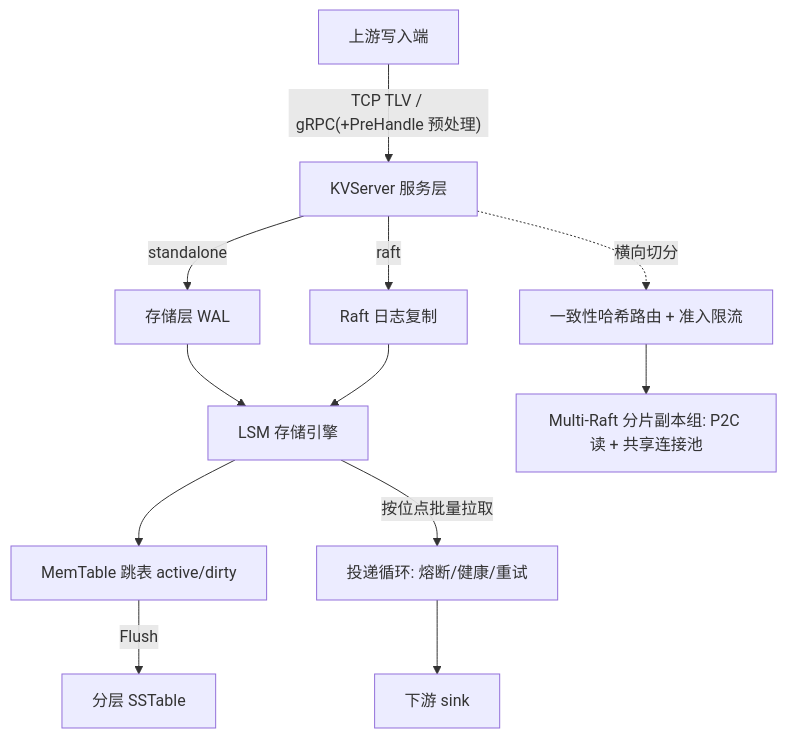
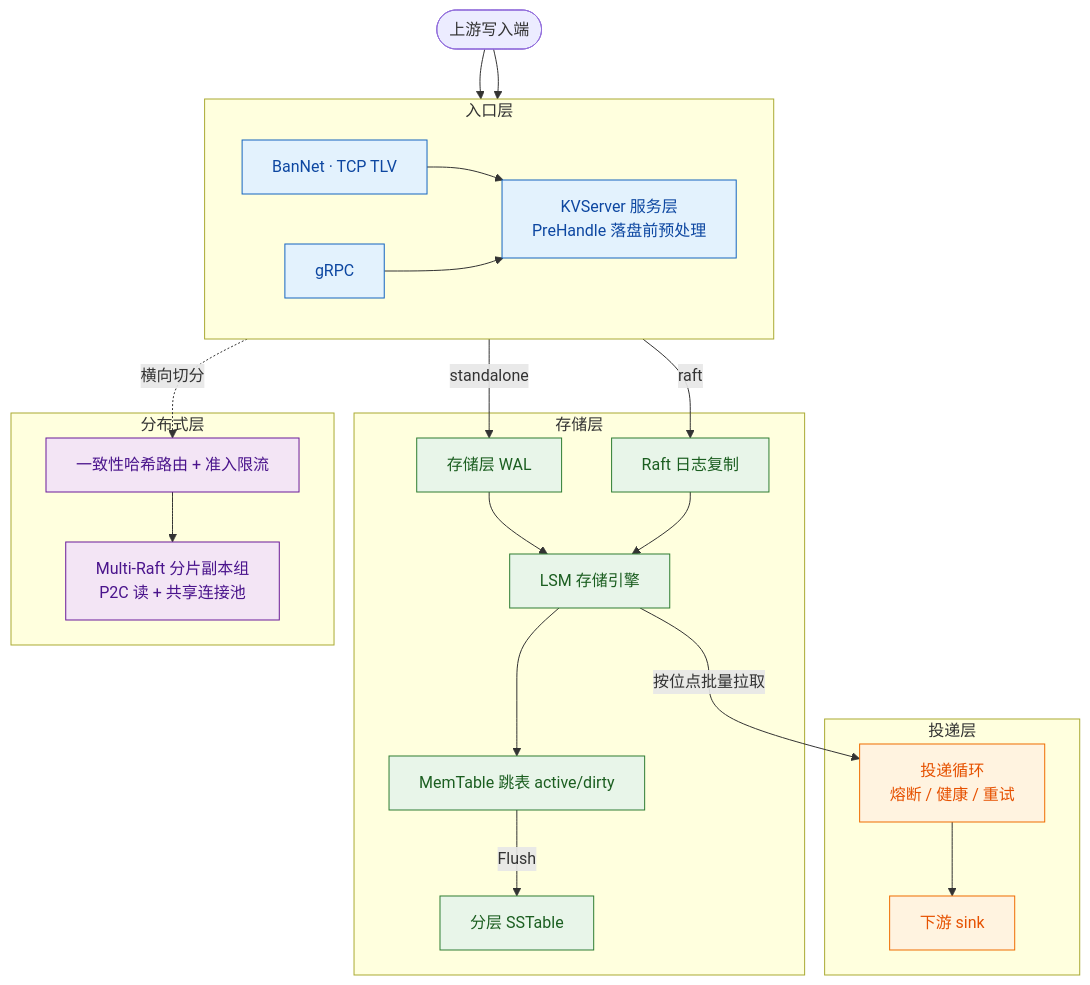
Before and after one commit to ChronoBrew/KairosFlux: the diagram in README.md, drawn with Mermaid. The commit also changed other lines of this file, not shown here.

Commit message:
docs(readme): 架构图分层配色重画 + 加入 Kafka+Spark 对比
架构图用 subgraph 按入口/存储/投递/分布式四层分组、classDef 分层配色,主数据流一条主线;
定位下新增与 Kafka+Spark 清洗链路的对比表(清洗时机/数据搬运/延迟/运维),并诚实标注适用区间
与不替代大规模流处理的边界。

````diff
--- a/README.md
+++ b/README.md
@@ -20,14 +33,53 @@
 ```mermaid
 flowchart TD
-    Up[上游写入端] -->|"TCP TLV / gRPC(+PreHandle 预处理)"| KV[KVServer 服务层]
-    KV -->|standalone| WAL[存储层 WAL]
-    KV -->|raft| Raft[Raft 日志复制]
-    WAL --> Engine[LSM 存储引擎]
+    Up([上游写入端])
+
+    subgraph L1[入口层]
+      direction LR
+      BanNet[BanNet · TCP TLV]
+      GRPC[gRPC]
+      KV["KVServer 服务层<br/>PreHandle 落盘前预处理"]
+    end
+
+    subgraph L2[存储层]
+      WAL[存储层 WAL]
+      Raft[Raft 日志复制]
+      Engine[LSM 存储引擎]
+      MemTable[MemTable 跳表 active/dirty]
+      SSTable[分层 SSTable]
+    end
+
+    subgraph L3[投递层]
+      Deliverer["投递循环<br/>熔断 / 健康 / 重试"]
+      Sink[下游 sink]
+    end
+
+    subgraph L4[分布式层]
+      Router[一致性哈希路由 + 准入限流]
+      Shards["Multi-Raft 分片副本组<br/>P2C 读 + 共享连接池"]
+    end
+
+    Up --> BanNet
+    Up --> GRPC
+    BanNet --> KV
+    GRPC --> KV
+    KV -->|standalone| WAL
+    KV -->|raft| Raft
+    WAL --> Engine
     Raft --> Engine
-    Engine --> MemTable[MemTable 跳表 active/dirty]
-    MemTable -->|Flush| SSTable[分层 SSTable]
-    Engine -->|按位点批量拉取| Deliverer[投递循环: 熔断/健康/重试]
-    Deliverer --> Sink[下游 sink]
-    KV -.横向切分.-> Router[一致性哈希路由 + 准入限流]
-    Router --> Shards[Multi-Raft 分片副本组: P2C 读 + 共享连接池]
+    Engine --> MemTable
+    MemTable -->|Flush| SSTable
+    Engine -->|按位点批量拉取| Deliverer
+    Deliverer --> Sink
+    KV -.横向切分.-> Router
+    Router --> Shards
+
+    classDef entry fill:#e3f2fd,stroke:#1565c0,color:#0d47a1;
+    classDef store fill:#e8f5e9,stroke:#2e7d32,color:#1b5e20;
+    classDef deliver fill:#fff3e0,stroke:#ef6c00,color:#e65100;
+    classDef dist fill:#f3e5f5,stroke:#6a1b9a,color:#4a148c;
+    class BanNet,GRPC,KV entry;
+    class WAL,Raft,Engine,MemTable,SSTable store;
+    class Deliverer,Sink deliver;
+    class Router,Shards dist;
 ```
````
